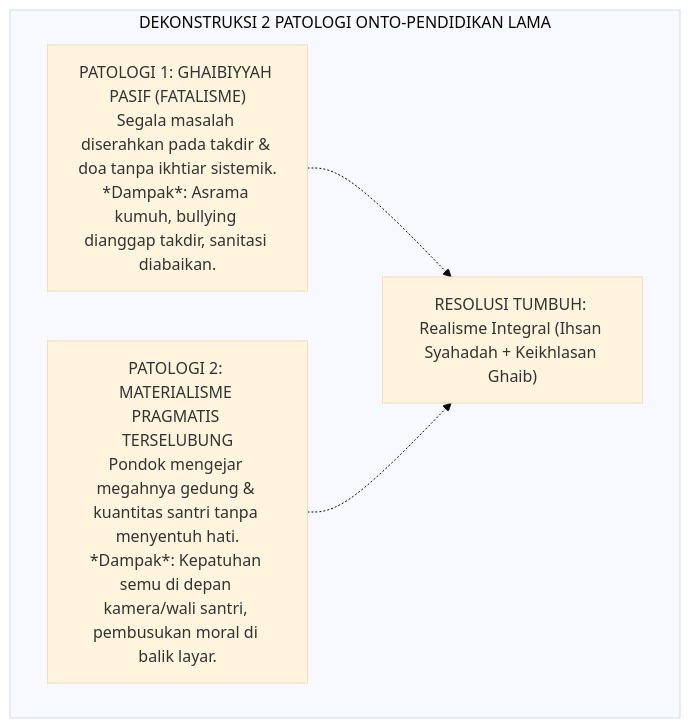
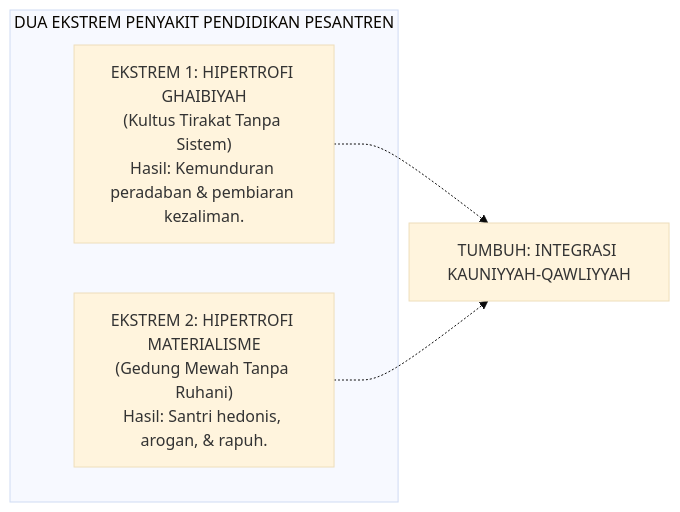
Before and after one commit to wandiapriliyandi/tumbuh: the third of 3 diagrams in 01 Philosophy/01 Worldview/P1-01-01-01-Kajian-Dialektika-Inkuiri-dan-Tanya-Jawab-Realitas.md, drawn with Mermaid (base theme). The commit also changed other lines of this file, not shown here.

````diff
--- a/01 Philosophy/01 Worldview/P1-01-01-01-Kajian-Dialektika-Inkuiri-dan-Tanya-Jawab-Realitas.md
+++ b/01 Philosophy/01 Worldview/P1-01-01-01-Kajian-Dialektika-Inkuiri-dan-Tanya-Jawab-Realitas.md
@@ -137,11 +179,9 @@
 ```mermaid
-graph TD
-    subgraph PatologiOntologis["DEKONSTRUKSI 2 PATOLOGI ONTO-PENDIDIKAN LAMA"]
-        P1["PATOLOGI 1: GHAIBIYYAH PASIF (FATALISME)<br/>Segala masalah diserahkan pada takdir & doa tanpa ikhtiar sistemik.<br/>*Dampak*: Asrama kumuh, bullying dianggap takdir, sanitasi diabaikan."]
-        
-        P2["PATOLOGI 2: MATERIALISME PRAGMATIS TERSELUBUNG<br/>Pondok mengejar megahnya gedung & kuantitas santri tanpa menyentuh hati.<br/>*Dampak*: Kepatuhan semu di depan kamera/wali santri, pembusukan moral di balik layar."]
-        
-        P1 -.-> Sol["RESOLUSI TUMBUH: Realisme Integral (Ihsan Syahadah + Keikhlasan Ghaib)"]
-        P2 -.-> Sol
+graph LR
+    subgraph PatologiKlasik["DUA EKSTREM PENYAKIT PENDIDIKAN PESANTREN"]
+        P1["EKSTREM 1: HIPERTROFI GHAIBIYAH<br/>(Kultus Tirakat Tanpa Sistem)<br/>Hasil: Kemunduran peradaban & pembiaran kezaliman."]
+        P2["EKSTREM 2: HIPERTROFI MATERIALISME<br/>(Gedung Mewah Tanpa Ruhani)<br/>Hasil: Santri hedonis, arogan, & rapuh."]
     end
+    
+    P1 & P2 -.-> Solusi["TUMBUH: INTEGRASI KAUNIYYAH-QAWLIYYAH"]
 ```
````
